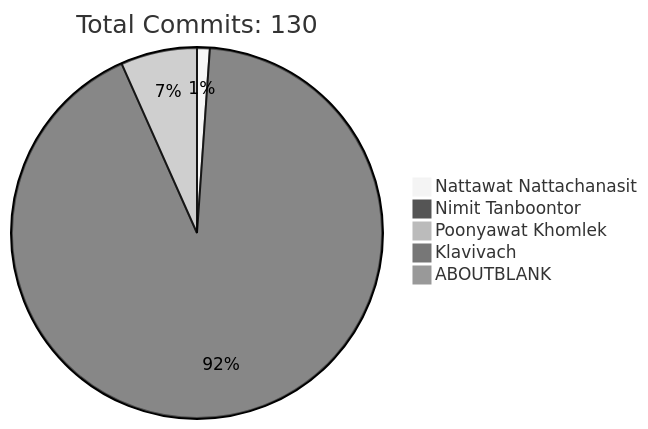
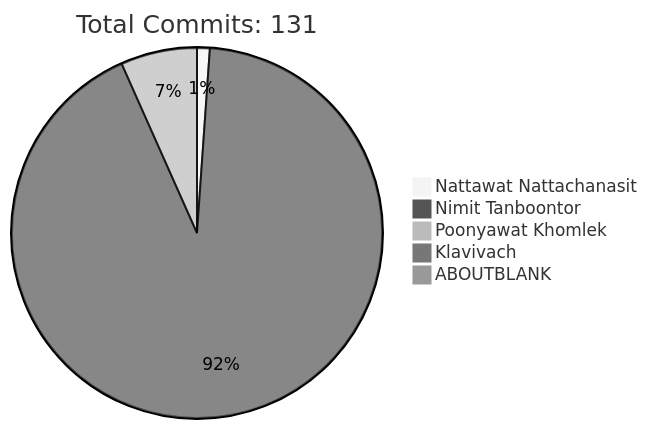
One commit to HLLC-MFU/HLLC-2025 changed the diagram in README.md. Above: the diagram before and after it, drawn with Mermaid (neutral theme). The commit also changed other lines of this file, not shown here.

````diff
--- a/README.md
+++ b/README.md
@@ -170,9 +170,9 @@
 ```mermaid
 pie
-    title Total Commits: 130
+    title Total Commits: 131
     "Nattawat Nattachanasit" : 1
     "Nimit Tanboontor" : 83
     "Poonyawat Khomlek" : 6
     "Klavivach" : 0
     "ABOUTBLANK" : 0
 ```
````
